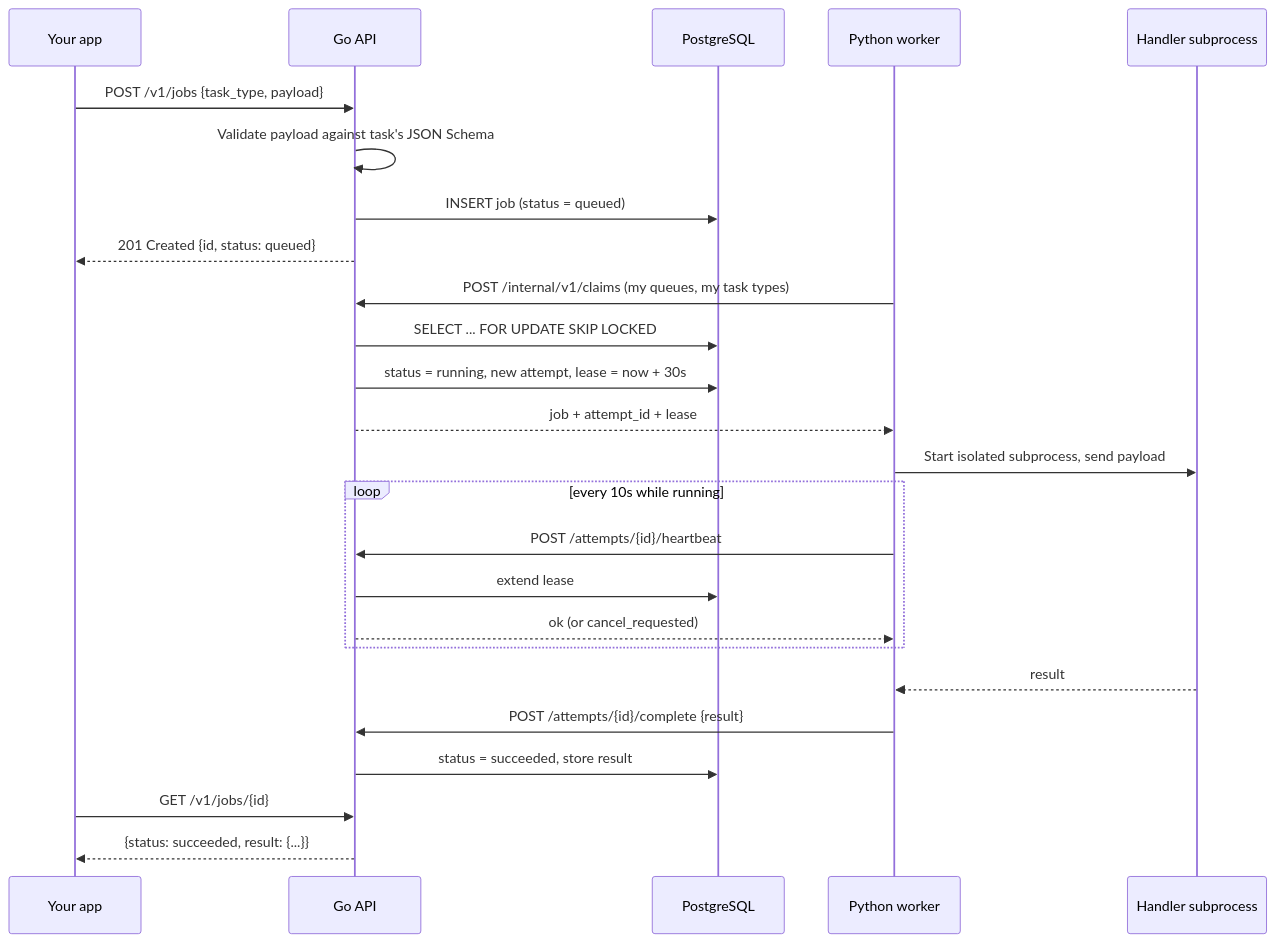
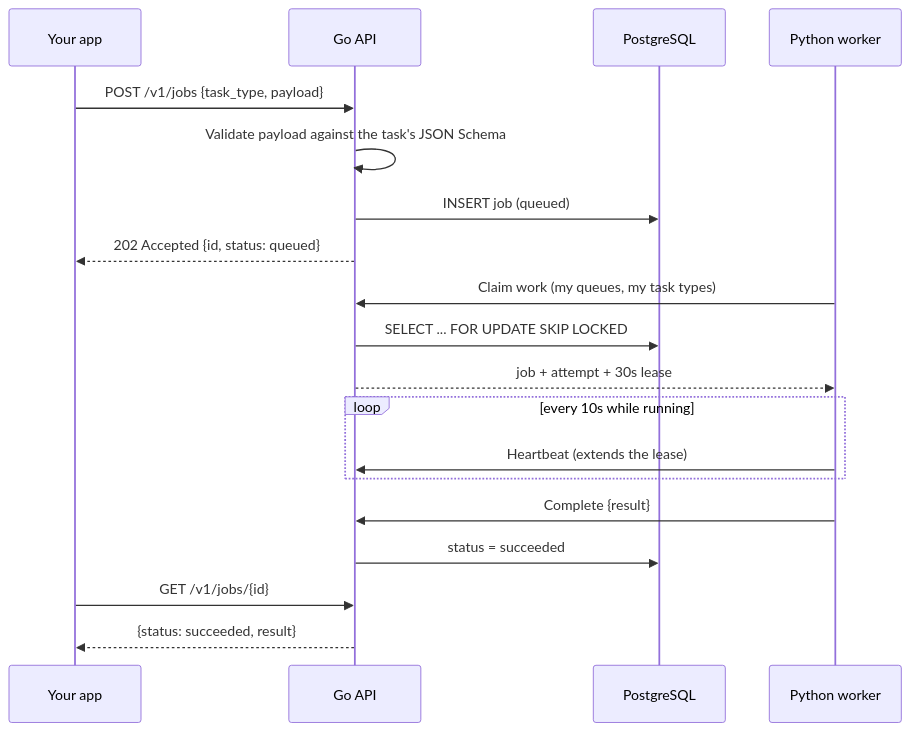
Before and after one commit to shuklaAlkesh/TaskPilot: the second of 3 diagrams in README.md, drawn with Mermaid. The commit also changed other lines of this file, not shown here.

````diff
--- a/README.md
+++ b/README.md
@@ -119,31 +154,25 @@
 ```mermaid
 sequenceDiagram
   participant App as Your app
   participant API as Go API
   participant DB as PostgreSQL
   participant W as Python worker
-  participant H as Handler subprocess
 
   App->>API: POST /v1/jobs {task_type, payload}
-  API->>API: Validate payload against task's JSON Schema
-  API->>DB: INSERT job (status = queued)
-  API-->>App: 201 Created {id, status: queued}
+  API->>API: Validate payload against the task's JSON Schema
+  API->>DB: INSERT job (queued)
+  API-->>App: 202 Accepted {id, status: queued}
 
-  W->>API: POST /internal/v1/claims (my queues, my task types)
+  W->>API: Claim work (my queues, my task types)
   API->>DB: SELECT ... FOR UPDATE SKIP LOCKED
-  API->>DB: status = running, new attempt, lease = now + 30s
-  API-->>W: job + attempt_id + lease
+  API-->>W: job + attempt + 30s lease
 
-  W->>H: Start isolated subprocess, send payload
   loop every 10s while running
-    W->>API: POST /attempts/{id}/heartbeat
-    API->>DB: extend lease
-    API-->>W: ok (or cancel_requested)
+    W->>API: Heartbeat (extends the lease)
   end
-  H-->>W: result
-  W->>API: POST /attempts/{id}/complete {result}
-  API->>DB: status = succeeded, store result
+  W->>API: Complete {result}
+  API->>DB: status = succeeded
 
   App->>API: GET /v1/jobs/{id}
-  API-->>App: {status: succeeded, result: {...}}
+  API-->>App: {status: succeeded, result}
 ```
````
